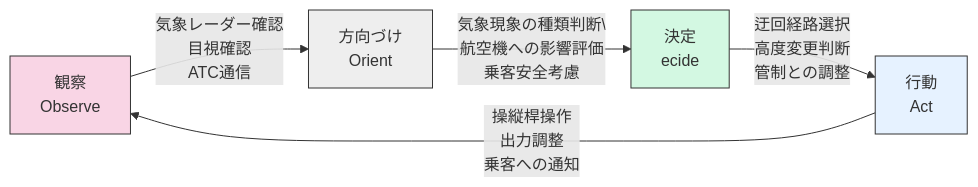
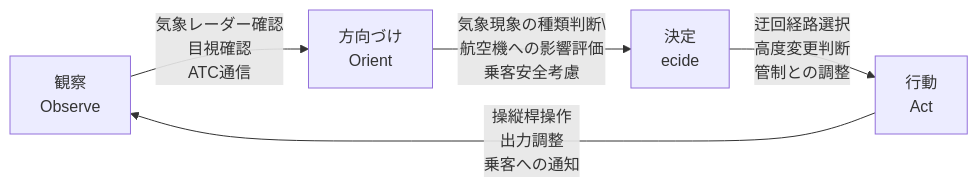
One commit to shuji-bonji/Situational-Awareness-and-Decision-Making changed the third of 3 diagrams in docs/basics/ooda-loop.md. Above: the diagram before and after it, drawn with Mermaid. The commit also changed other lines of this file and 49 other files, not shown here.

Commit message:
fix: ダークモードで見づらい図の色の変更

````diff
--- a/docs/basics/ooda-loop.md
+++ b/docs/basics/ooda-loop.md
@@ -172,12 +172,12 @@
 ```mermaid
 graph LR
     A[観察<br>Observe] --> |"気象レーダー確認<br>目視確認<br>ATC通信"| B[方向づけ<br>Orient]
     B --> |"気象現象の種類判断\<br>航空機への影響評価<br>乗客安全考慮"| C[決定<br>ecide]
     C --> |"迂回経路選択<br>高度変更判断<br>管制との調整"| D[行動<br>Act]
     D --> |"操縦桿操作<br>出力調整<br>乗客への通知"| A
     
-    style A fill:#f9d5e5,stroke:#333
-    style B fill:#eeeeee,stroke:#333
-    style C fill:#d3f8e2,stroke:#333
-    style D fill:#e6f2ff,stroke:#333
+
+
+
+
 ```
````
